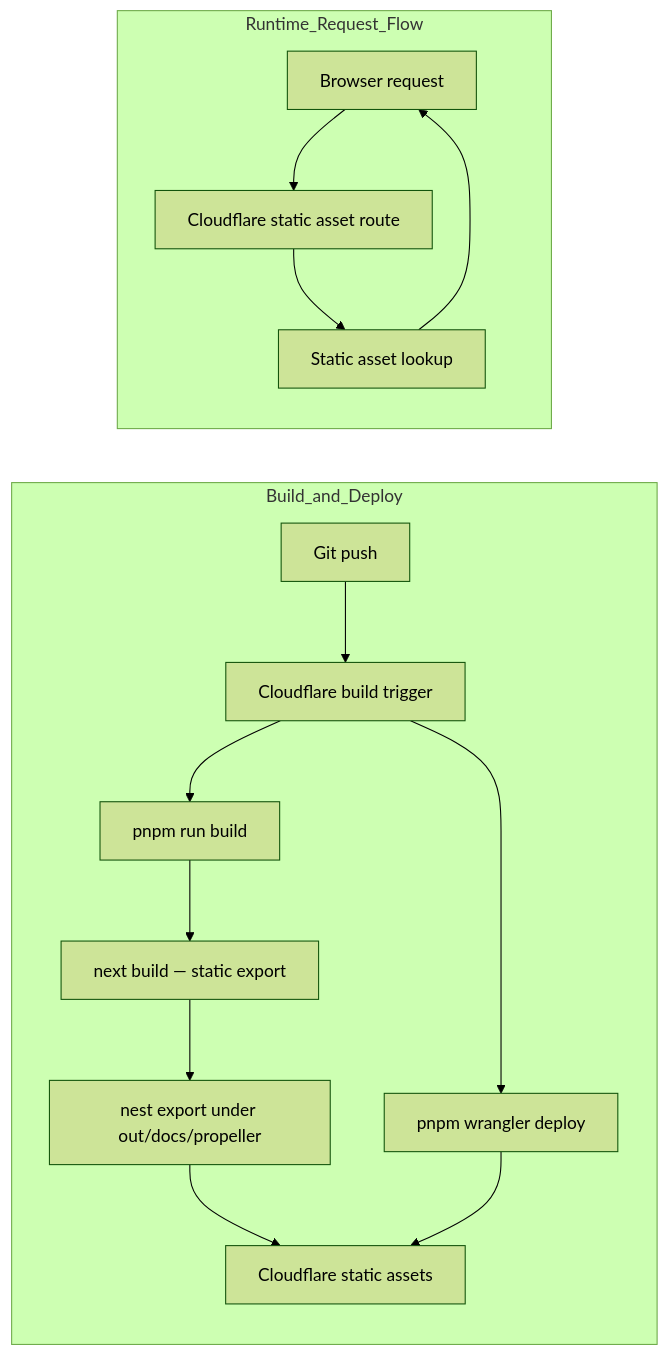
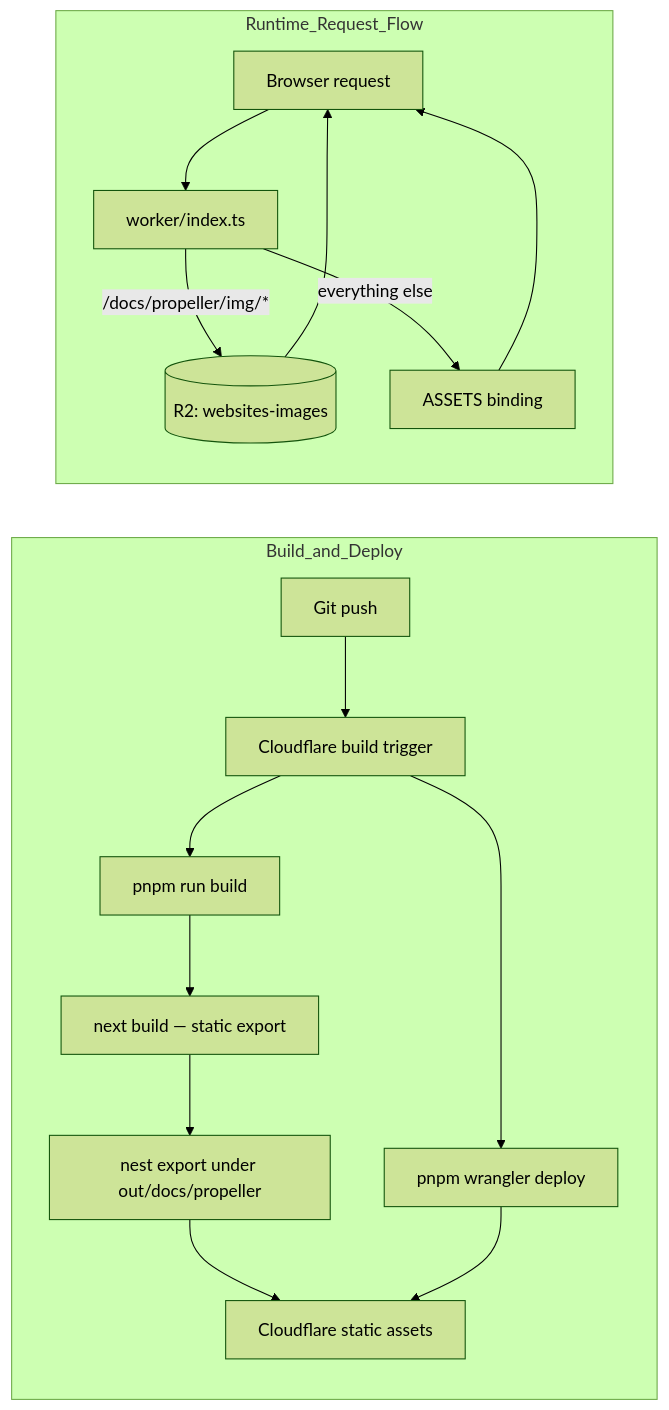
The diagram in README.md (rodneyosodo/propeller-docs), drawn with Mermaid (forest theme) before and after one commit. The commit also changed other lines of this file and 56 other files, not shown here.

First line of the commit message:
Serve docs diagrams from R2 instead of committing them to git (#45)

````diff
--- a/README.md
+++ b/README.md
@@ -35,18 +36,20 @@
 ```mermaid
 flowchart LR
   subgraph Build_and_Deploy
     A[Git push] --> B[Cloudflare build trigger]
     B --> C[pnpm run build]
     C --> D[next build — static export]
     D --> E[nest export under out/docs/propeller]
     B --> F[pnpm wrangler deploy]
     E --> G[Cloudflare static assets]
     F --> G
   end
 
   subgraph Runtime_Request_Flow
-    U[Browser request] --> H[Cloudflare static asset route]
-    H --> J[Static asset lookup]
-    J --> U
+    U[Browser request] --> W[worker/index.ts]
+    W -->|"/docs/propeller/img/*"| R[(R2: websites-images)]
+    W -->|everything else| H[ASSETS binding]
+    R --> U
+    H --> U
   end
 ```
````
